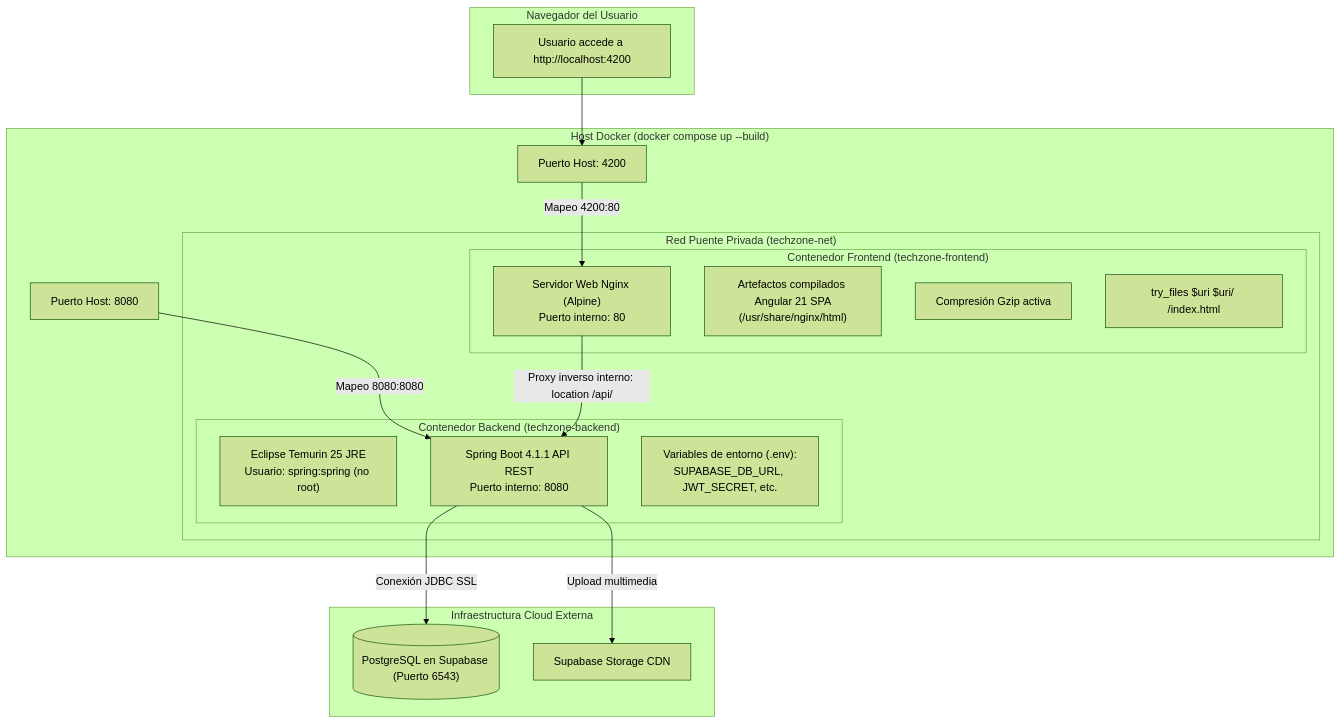
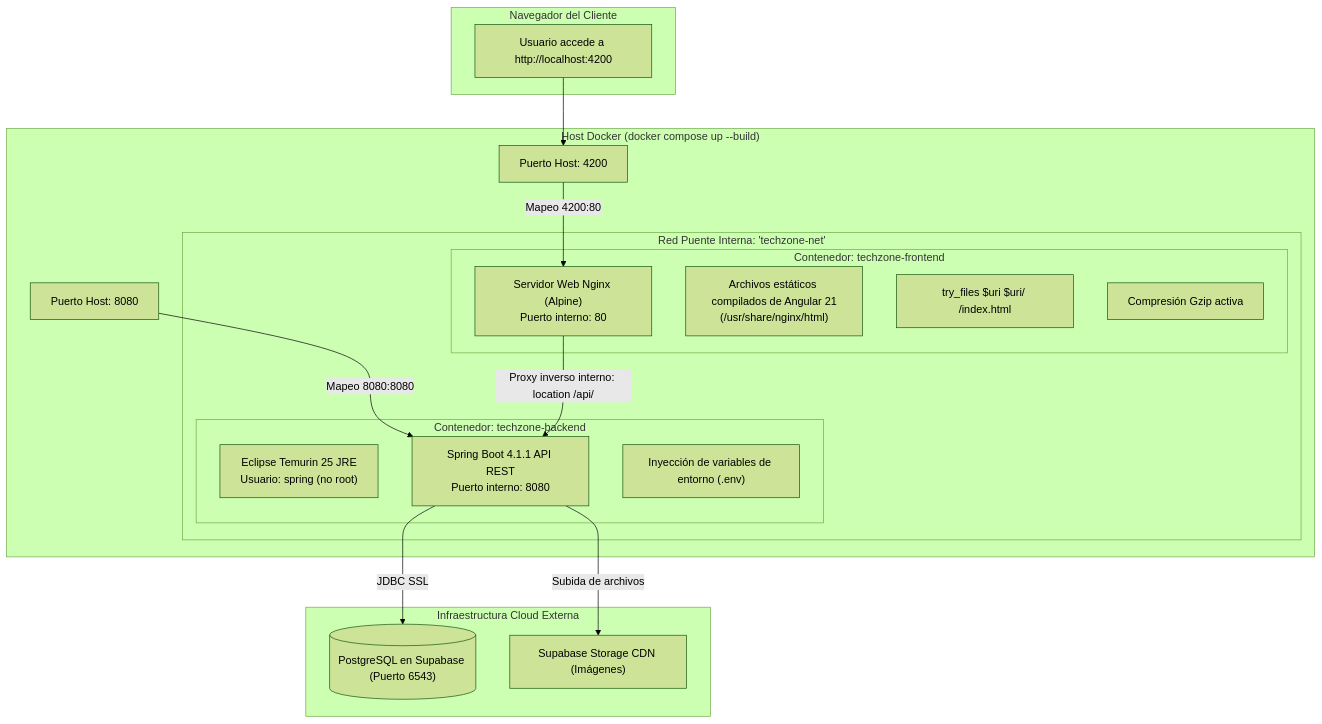
One commit to MrCarlos17A/TechZone changed the ninth of 9 diagrams in README.md. Above: the diagram before and after it, drawn with Mermaid (forest theme). The commit also changed other lines of this file, not shown here.

Commit message:
docs: correción de los diagramas del README

````diff
--- a/README.md
+++ b/README.md
@@ -381,38 +439,38 @@
 ```mermaid
 flowchart TD
-    subgraph DOCKER_HOST["Host Docker (docker compose up --build)"]
-        subgraph NET["Red Puente Privada (techzone-net)"]
+    subgraph DOCKER_ENGINE["Host Docker (docker compose up --build)"]
+        subgraph BRIDGE_NET["Red Puente Interna: 'techzone-net'"]
             
-            subgraph FRONT_CONT["Contenedor Frontend (techzone-frontend)"]
-                NGINX["Servidor Web Nginx (Alpine)<br/>Puerto interno: 80"]
-                DIST["Artefactos compilados Angular 21 SPA<br/>(/usr/share/nginx/html)"]
-                GZIP["Compresión Gzip activa"]
-                SPA_ROUTING["try_files $uri $uri/ /index.html"]
+            subgraph FRONTEND_CONTAINER["Contenedor: techzone-frontend"]
+                NGINX_SRV["Servidor Web Nginx (Alpine)<br/>Puerto interno: 80"]
+                WEB_ASSETS["Archivos estáticos compilados de Angular 21<br/>(/usr/share/nginx/html)"]
+                SPA_RULE["try_files $uri $uri/ /index.html"]
+                GZIP_COMP["Compresión Gzip activa"]
             end
 
-            subgraph BACK_CONT["Contenedor Backend (techzone-backend)"]
-                JVM["Eclipse Temurin 25 JRE<br/>Usuario: spring:spring (no root)"]
-                SPRING["Spring Boot 4.1.1 API REST<br/>Puerto interno: 8080"]
-                ENV_VARS["Variables de entorno (.env):<br/>SUPABASE_DB_URL, JWT_SECRET, etc."]
+            subgraph BACKEND_CONTAINER["Contenedor: techzone-backend"]
+                TEMURIN_JVM["Eclipse Temurin 25 JRE<br/>Usuario: spring (no root)"]
+                SPRING_APP["Spring Boot 4.1.1 API REST<br/>Puerto interno: 8080"]
+                ENV_INJECT["Inyección de variables de entorno (.env)"]
             end
         end
 
-        PORT_4200["Puerto Host: 4200"] -->|Mapeo 4200:80| NGINX
-        PORT_8080["Puerto Host: 8080"] -->|Mapeo 8080:8080| SPRING
+        HOST_4200["Puerto Host: 4200"] -->|Mapeo 4200:80| NGINX_SRV
+        HOST_8080["Puerto Host: 8080"] -->|Mapeo 8080:8080| SPRING_APP
         
-        NGINX -->|Proxy inverso interno: location /api/| SPRING
+        NGINX_SRV -->|Proxy inverso interno: location /api/| SPRING_APP
     end
 
-    subgraph CLIENT_BROWSER["Navegador del Usuario"]
-        BROWSER["Usuario accede a http://localhost:4200"]
+    subgraph CLIENT["Navegador del Cliente"]
+        USER_PC["Usuario accede a http://localhost:4200"]
     end
 
-    subgraph CLOUD_EXT["Infraestructura Cloud Externa"]
-        SUPABASE_EXT[("PostgreSQL en Supabase (Puerto 6543)")]
-        STORAGE_EXT["Supabase Storage CDN"]
+    subgraph CLOUD_SERVICES["Infraestructura Cloud Externa"]
+        SUPABASE_PG[("PostgreSQL en Supabase (Puerto 6543)")]
+        SUPABASE_BUCKET["Supabase Storage CDN (Imágenes)"]
     end
 
-    BROWSER --> PORT_4200
-    SPRING -->|Conexión JDBC SSL| SUPABASE_EXT
-    SPRING -->|Upload multimedia| STORAGE_EXT
+    USER_PC --> HOST_4200
+    SPRING_APP -->|JDBC SSL| SUPABASE_PG
+    SPRING_APP -->|Subida de archivos| SUPABASE_BUCKET
 ```
````
